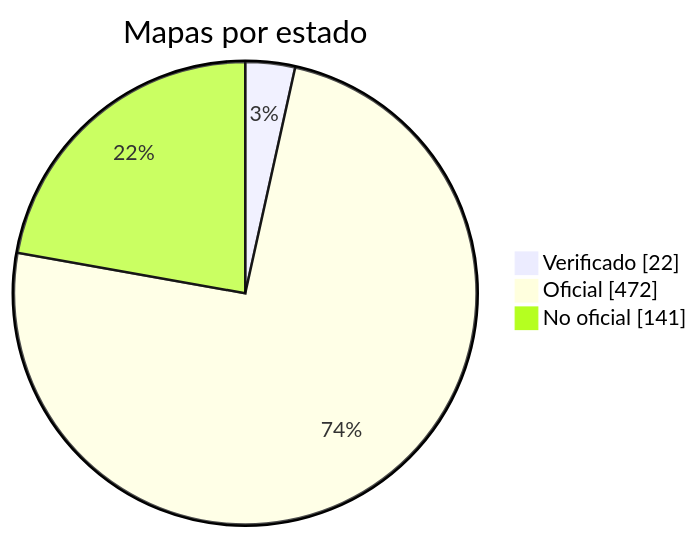
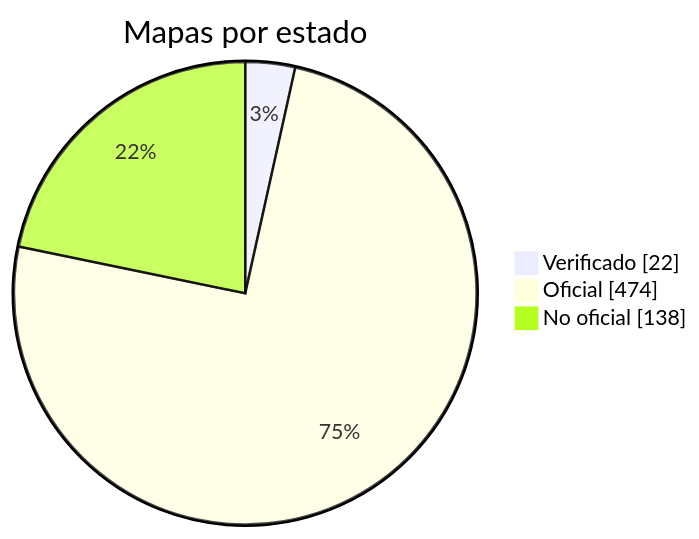
Before and after one commit to nobrega8/mbmap-library: the diagram in docs/readme/README_ES.md, drawn with Mermaid. The commit also changed 8 other files, not shown here.

````diff
--- a/docs/readme/README_ES.md
+++ b/docs/readme/README_ES.md
@@ -54,7 +54,7 @@
 ```mermaid
 pie showData
     title Mapas por estado
     "Verificado" : 22
-    "Oficial" : 472
-    "No oficial" : 141
+    "Oficial" : 474
+    "No oficial" : 138
 ```
````
